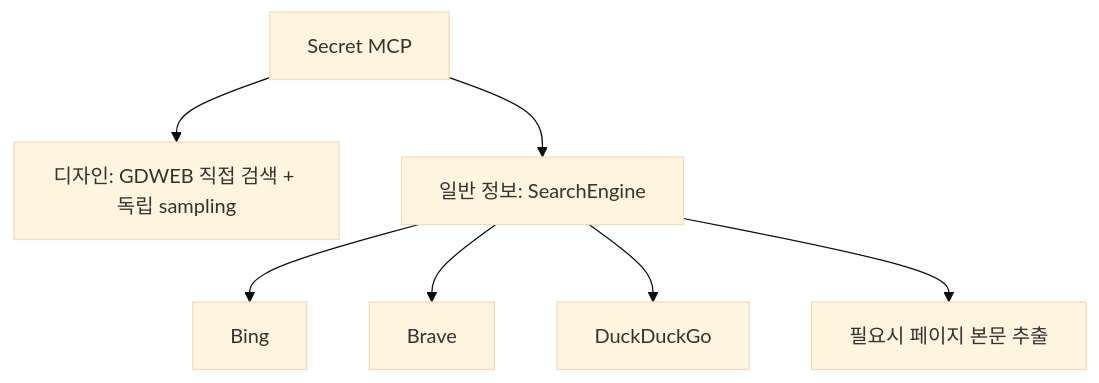
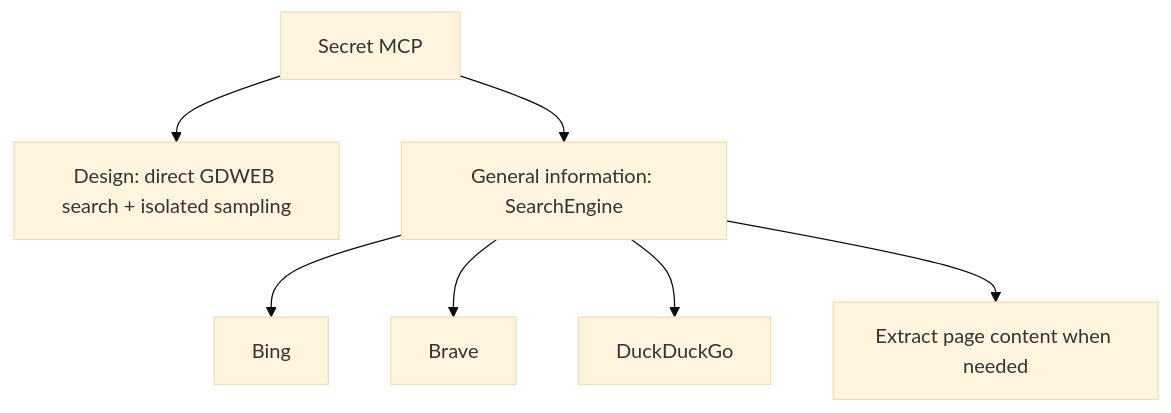
Before and after one commit to yyeongjin/secret_mcp: the second of 2 diagrams in README.md, drawn with Mermaid (base theme). The commit also changed other lines of this file and 14 other files, not shown here.

````diff
--- a/README.md
+++ b/README.md
@@ -388,9 +390,9 @@
 ```mermaid
 flowchart TD
-    MCP["Secret MCP"] --> GDWEB["디자인: GDWEB 직접 검색 + 독립 sampling"]
-    MCP --> General["일반 정보: SearchEngine"]
+    MCP["Secret MCP"] --> GDWEB["Design: direct GDWEB search + isolated sampling"]
+    MCP --> General["General information: SearchEngine"]
     General --> Bing["Bing"]
     General --> Brave["Brave"]
     General --> DDG["DuckDuckGo"]
-    General --> Extractor["필요시 페이지 본문 추출"]
+    General --> Extractor["Extract page content when needed"]
 ```
````
